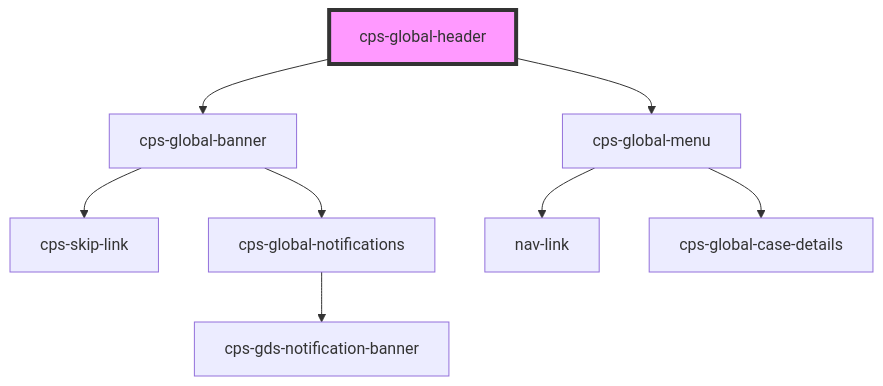
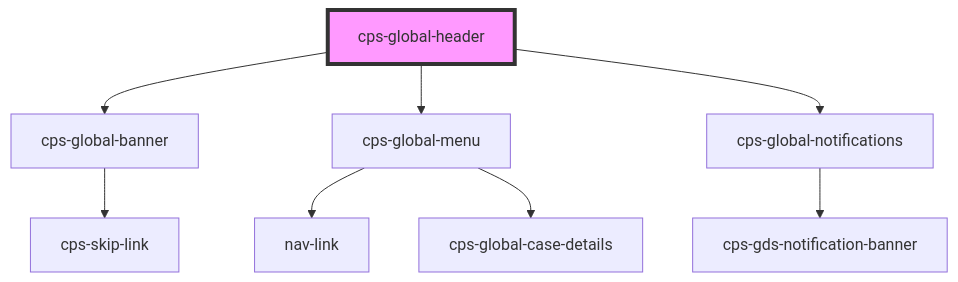
The diagram in packages/cps-global-components/src/components/cps-global-header/readme.md (CPS-Innovation/global-components), drawn with Mermaid before and after one commit. The commit also changed other lines of this file and 5 other files, not shown here.

Commit message:
#FCT2-15518 - move banner to foot of header (#813)

````diff
--- a/packages/cps-global-components/src/components/cps-global-header/readme.md
+++ b/packages/cps-global-components/src/components/cps-global-header/readme.md
@@ -23,11 +24,11 @@
 ```mermaid
 graph TD;
   cps-global-header --> cps-global-banner
   cps-global-header --> cps-global-menu
+  cps-global-header --> cps-global-notifications
   cps-global-banner --> cps-skip-link
-  cps-global-banner --> cps-global-notifications
-  cps-global-notifications --> cps-gds-notification-banner
   cps-global-menu --> nav-link
   cps-global-menu --> cps-global-case-details
+  cps-global-notifications --> cps-gds-notification-banner
   style cps-global-header fill:#f9f,stroke:#333,stroke-width:4px
 ```
````
